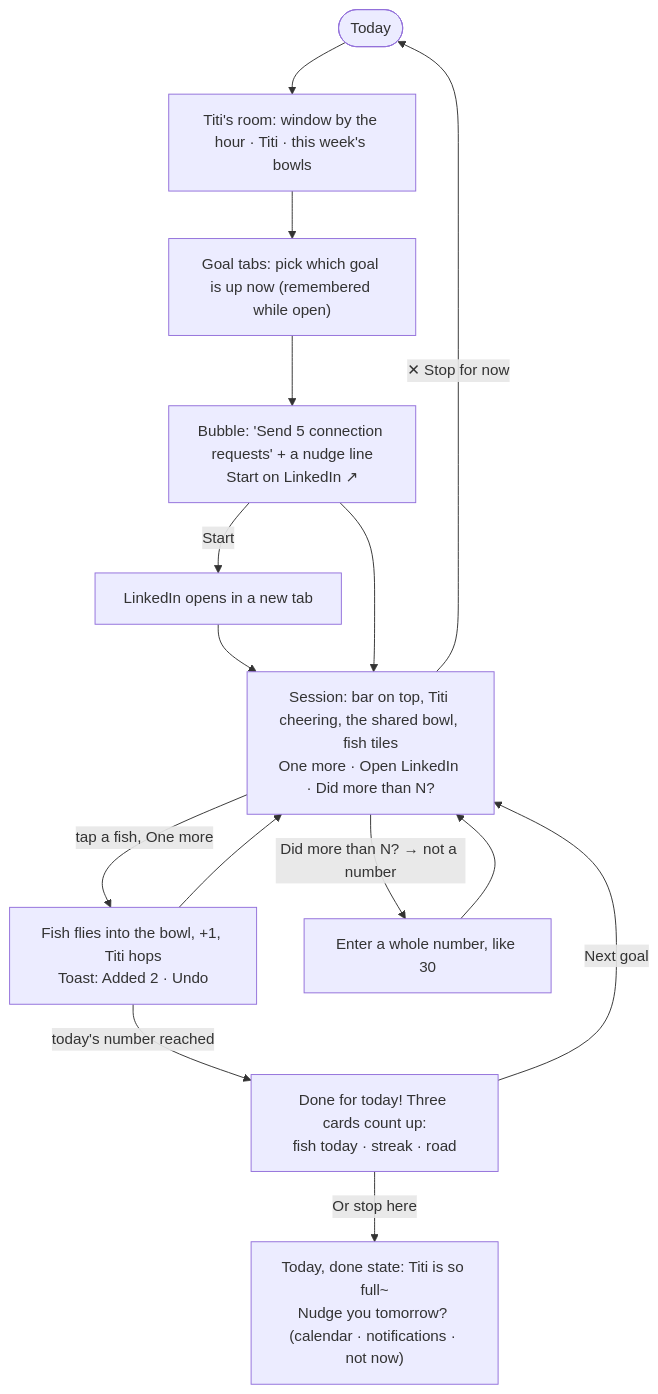
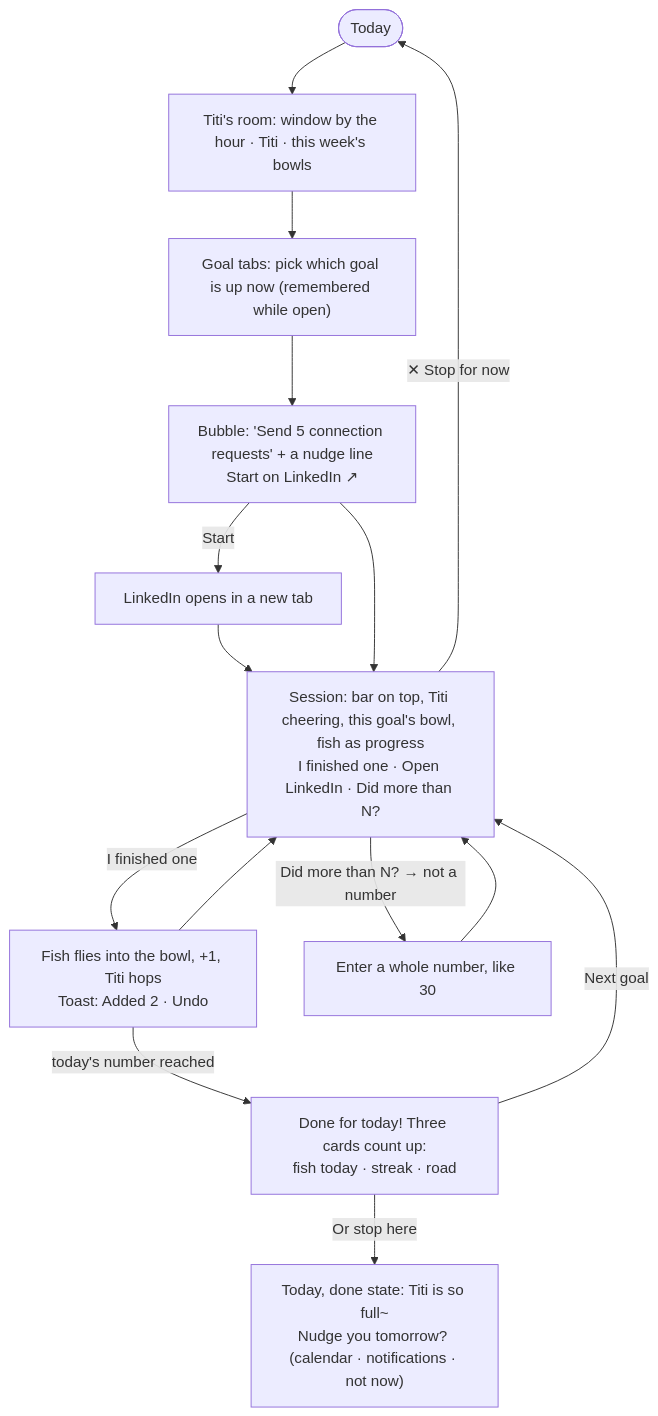
One commit to jessieyiqichen/dbs-a3 changed the second of 4 diagrams in flows.md. Above: the diagram before and after it, drawn with Mermaid. The commit also changed other lines of this file and 11 other files, not shown here.

Commit message:
feat: action first on Today, one log button, the goal's own bowl, and nine review fixes

````diff
--- a/flows.md
+++ b/flows.md
@@ -36,16 +36,16 @@
 ```mermaid
 flowchart TD
     T([Today]) --> R["Titi's room: window by the hour · Titi · this week's bowls"]
     R --> G["Goal tabs: pick which goal is up now (remembered while open)"]
     G --> B["Bubble: 'Send 5 connection requests' + a nudge line\nStart on LinkedIn ↗"]
     B -->|Start| L[LinkedIn opens in a new tab]
     L --> S
-    B --> S["Session: bar on top, Titi cheering, the shared bowl, fish tiles\nOne more · Open LinkedIn · Did more than N?"]
-    S -->|tap a fish, One more| F["Fish flies into the bowl, +1, Titi hops\nToast: Added 2 · Undo"]
+    B --> S["Session: bar on top, Titi cheering, this goal's bowl, fish as progress\nI finished one · Open LinkedIn · Did more than N?"]
+    S -->|I finished one| F["Fish flies into the bowl, +1, Titi hops\nToast: Added 2 · Undo"]
     F --> S
     S -->|Did more than N? → not a number| SE["Enter a whole number, like 30"] --> S
     S -->|✕ Stop for now| T
     F -->|today's number reached| D["Done for today! Three cards count up:\nfish today · streak · road"]
     D -->|Next goal| S
     D -->|Or stop here| T2["Today, done state: Titi is so full~\nNudge you tomorrow? (calendar · notifications · not now)"]
 ```
````
